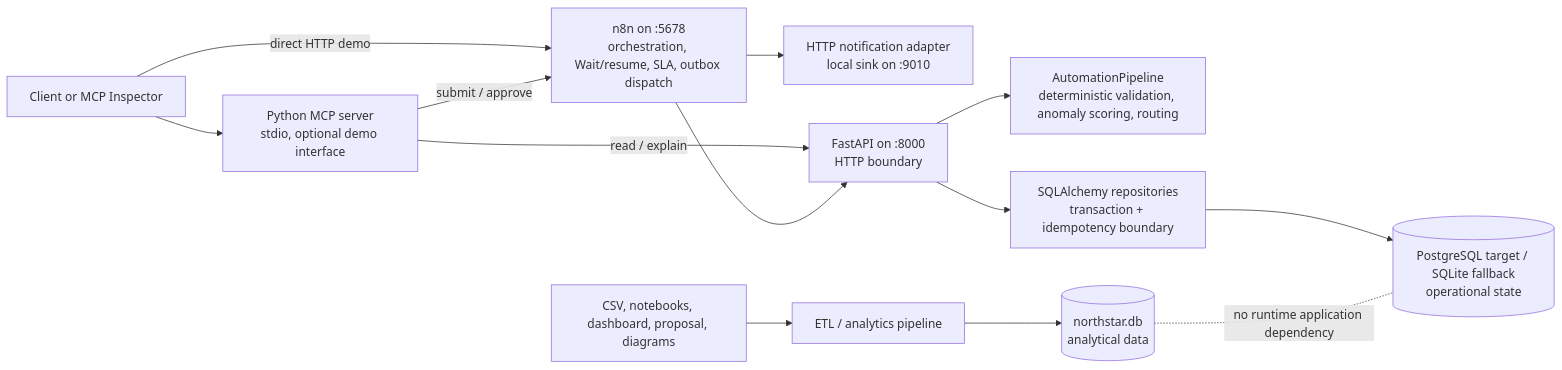
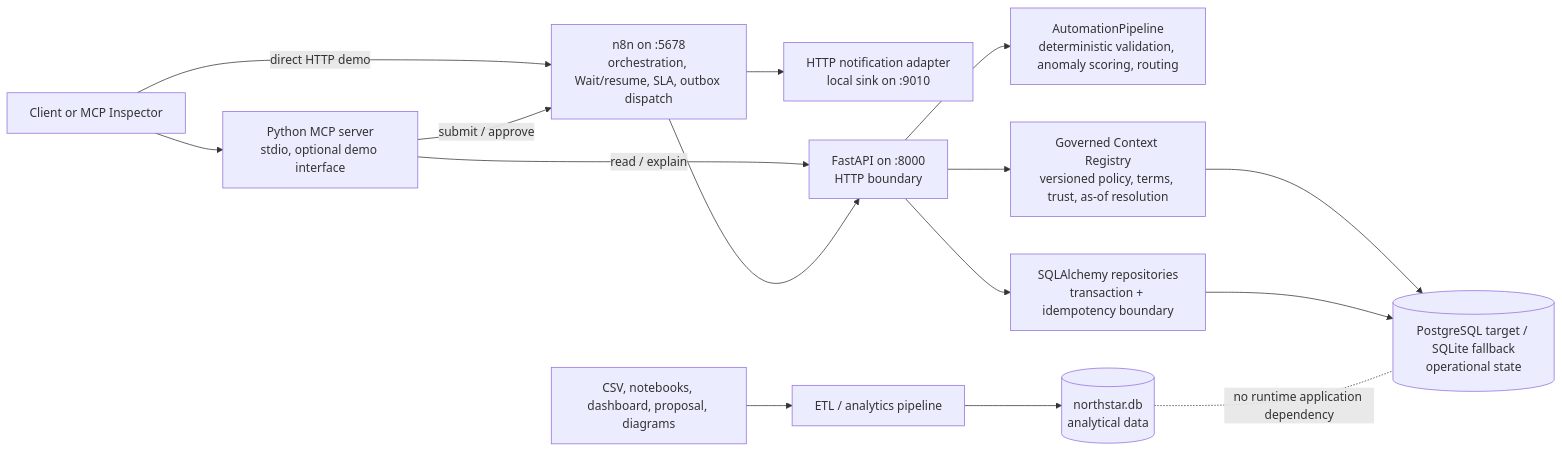
The diagram in docs/architecture/CURRENT_STATE.md (tusharg007/northstar-workload-optimizer), drawn with Mermaid before and after one commit. The commit also changed other lines of this file and 22 other files, not shown here.

Commit message:
feat: add governed context registry

````diff
--- a/docs/architecture/CURRENT_STATE.md
+++ b/docs/architecture/CURRENT_STATE.md
@@ -11,27 +11,30 @@
 ```mermaid
 flowchart LR
     Client["Client or MCP Inspector"]
     MCP["Python MCP server\nstdio, optional demo interface"]
     N8N["n8n on :5678\norchestration, Wait/resume, SLA, outbox dispatch"]
     Notify["HTTP notification adapter\nlocal sink on :9010"]
     API["FastAPI on :8000\nHTTP boundary"]
     Domain["AutomationPipeline\ndeterministic validation, anomaly scoring, routing"]
     Repository["SQLAlchemy repositories\ntransaction + idempotency boundary"]
+    Context["Governed Context Registry\nversioned policy, terms, trust, as-of resolution"]
     Runtime[("PostgreSQL target / SQLite fallback\noperational state")]
     ETL["ETL / analytics pipeline"]
     Analytics[("northstar.db\nanalytical data")]
     Assets["CSV, notebooks, dashboard, proposal, diagrams"]
 
     Client -->|direct HTTP demo| N8N
     Client --> MCP
     MCP -->|submit / approve| N8N
     MCP -->|read / explain| API
     N8N --> API
     N8N --> Notify
     API --> Domain
     API --> Repository
+    API --> Context
+    Context --> Runtime
     Repository --> Runtime
     ETL --> Analytics
     Assets --> ETL
     Analytics -. no runtime application dependency .- Runtime
 ```
````
